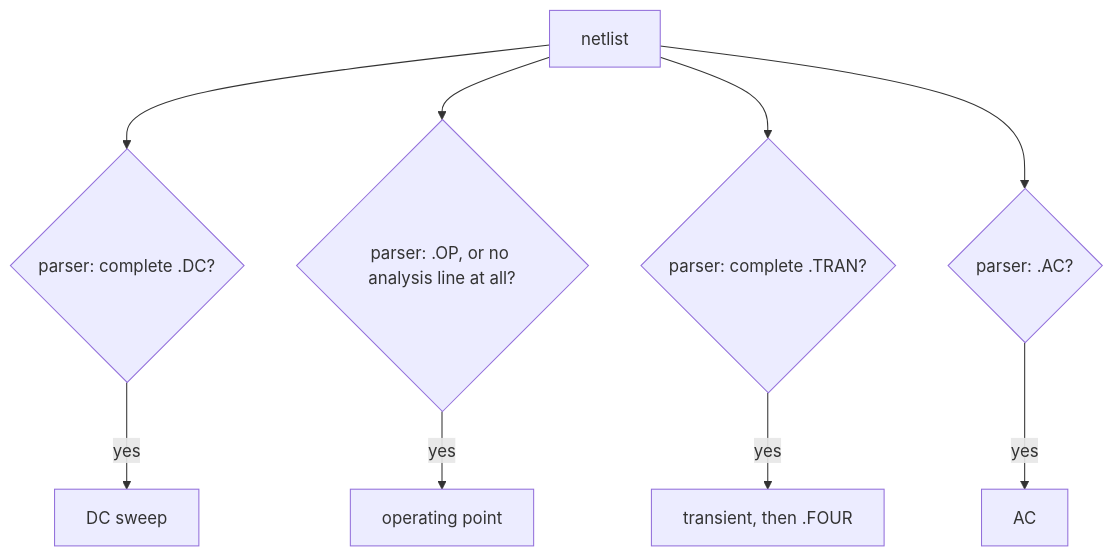
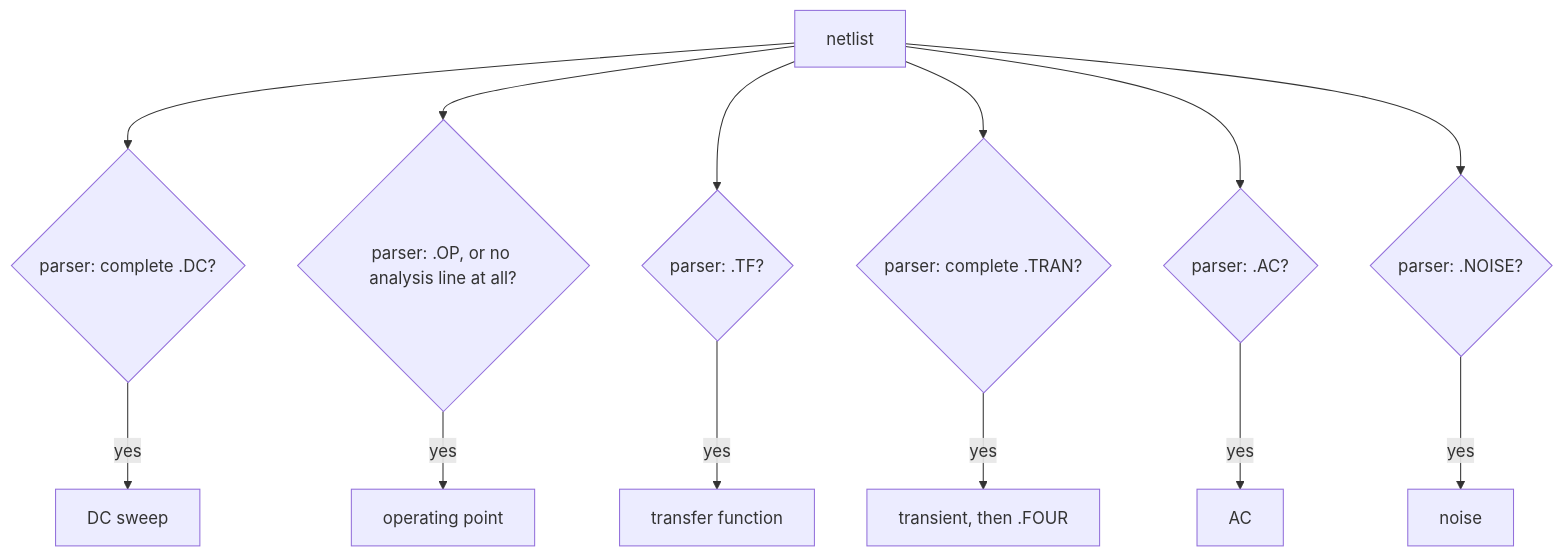
The second of 2 diagrams in docs/REFERENCE_MANUAL.md (kurochan001/kirimaspice), drawn with Mermaid before and after one commit. The commit also changed other lines of this file and 10 other files, not shown here.

````diff
--- a/docs/REFERENCE_MANUAL.md
+++ b/docs/REFERENCE_MANUAL.md
@@ -535,11 +536,15 @@
 ```mermaid
 flowchart TD
   N[netlist] --> P{"parser: complete .DC?"}
   P -- yes --> SW["DC sweep"]
   N --> S{"parser: .OP, or no analysis line at all?"}
   S -- yes --> OP["operating point"]
+  N --> F{"parser: .TF?"}
+  F -- yes --> TF["transfer function"]
   N --> TS{"parser: complete .TRAN?"}
   TS -- yes --> TR["transient, then .FOUR"]
   N --> A{"parser: .AC?"}
   A -- yes --> AC["AC"]
+  N --> Q{"parser: .NOISE?"}
+  Q -- yes --> NO["noise"]
 ```
````
